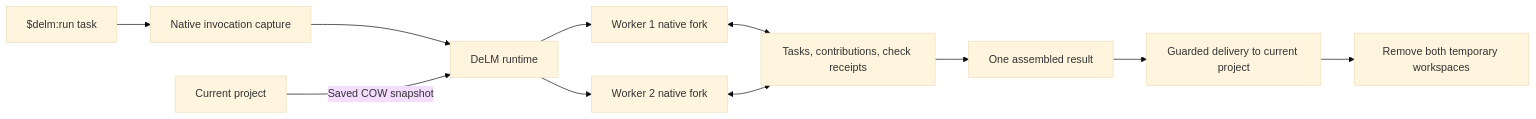
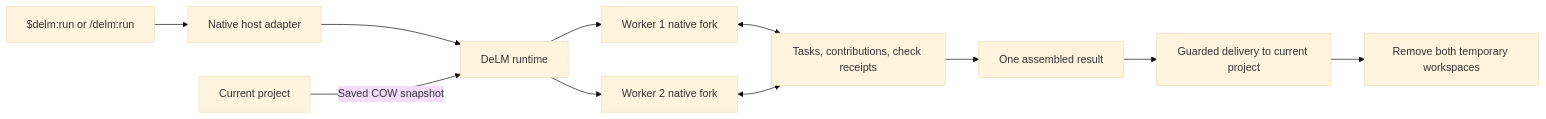
The diagram in docs/architecture.md (Decentralized-LM/delm-agent-plugin), drawn with Mermaid (base theme) before and after one commit. The commit also changed other lines of this file and 63 other files, not shown here.

````diff
--- a/docs/architecture.md
+++ b/docs/architecture.md
@@ -5,13 +5,13 @@
 ```mermaid
 flowchart LR
-  User["$delm:run task"] --> Hook[Native invocation capture]
-  Hook --> Runtime[DeLM runtime]
+  User["$delm:run or /delm:run"] --> Adapter[Native host adapter]
+  Adapter --> Runtime[DeLM runtime]
   Original[Current project] -->|Saved COW snapshot| Runtime
   Runtime --> W1[Worker 1 native fork]
   Runtime --> W2[Worker 2 native fork]
   W1 <--> Board[Tasks, contributions, check receipts]
   W2 <--> Board
   Board --> Result[One assembled result]
   Result --> Delivery[Guarded delivery to current project]
   Delivery --> Cleanup[Remove both temporary workspaces]
 ```
````
